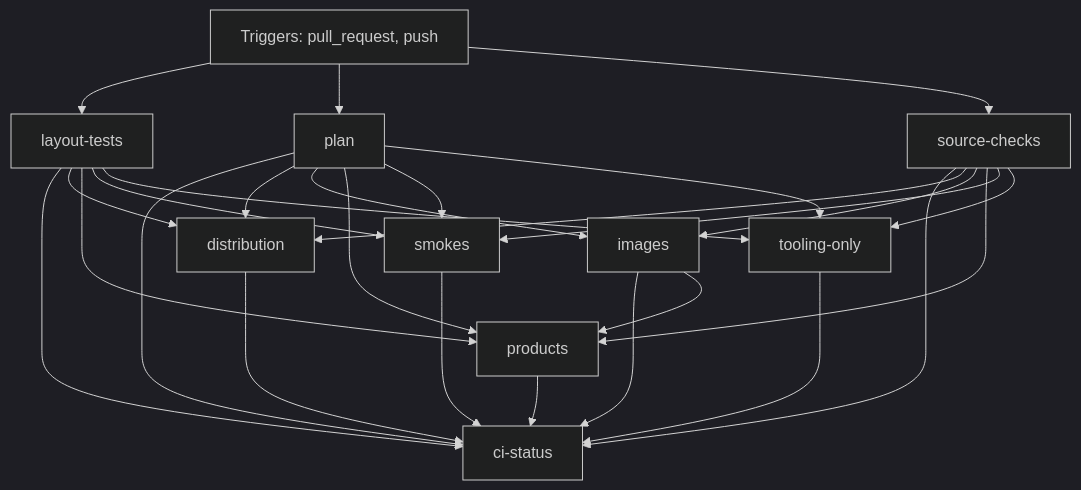
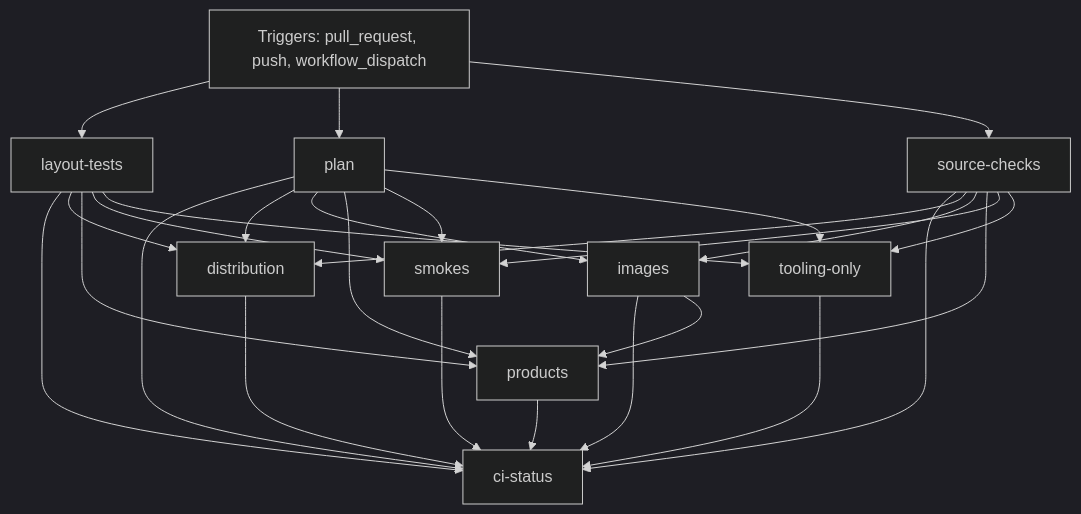
Before and after one commit to FrenchExDev2/QuietCli.PoSh: the diagram in docs/ci/github/script-companions-ci.md, drawn with Mermaid (dark theme). The commit also changed other lines of this file and 10 other files, not shown here.

```diff
--- a/docs/ci/github/script-companions-ci.md
+++ b/docs/ci/github/script-companions-ci.md
@@ -32,39 +34,39 @@
 ~~~mermaid
 flowchart TD
-    event["Triggers: pull_request, push"]
+    event["Triggers: pull_request, push, workflow_dispatch"]
     job_ci_status["ci-status"]
     job_distribution["distribution"]
     job_images["images"]
     job_layout_tests["layout-tests"]
     job_plan["plan"]
     job_products["products"]
     job_smokes["smokes"]
     job_source_checks["source-checks"]
     job_tooling_only["tooling-only"]
     job_plan --> job_ci_status
     job_source_checks --> job_ci_status
     job_layout_tests --> job_ci_status
     job_images --> job_ci_status
     job_products --> job_ci_status
     job_smokes --> job_ci_status
     job_tooling_only --> job_ci_status
     job_distribution --> job_ci_status
     job_plan --> job_distribution
     job_source_checks --> job_distribution
     job_layout_tests --> job_distribution
     job_plan --> job_images
     job_source_checks --> job_images
     event --> job_layout_tests
     event --> job_plan
     job_plan --> job_products
     job_source_checks --> job_products
     job_layout_tests --> job_products
     job_images --> job_products
     job_plan --> job_smokes
     job_source_checks --> job_smokes
     job_layout_tests --> job_smokes
     event --> job_source_checks
     job_plan --> job_tooling_only
     job_source_checks --> job_tooling_only
     job_layout_tests --> job_tooling_only
 ~~~
```
